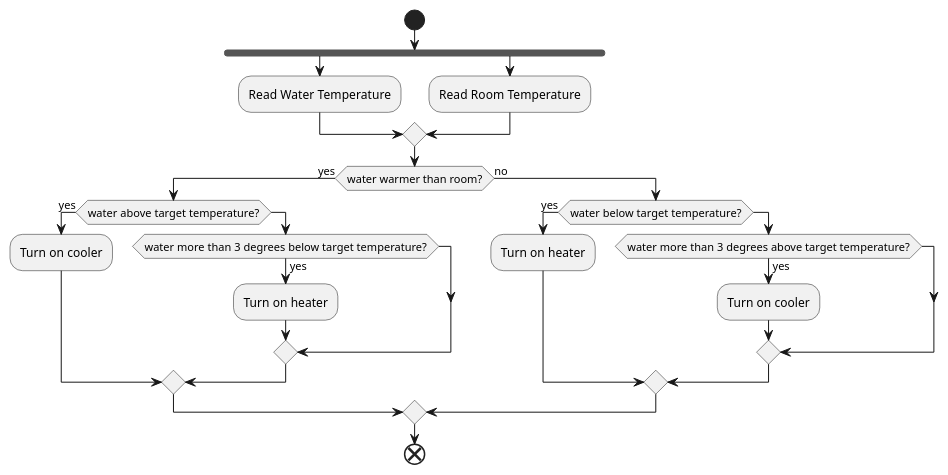
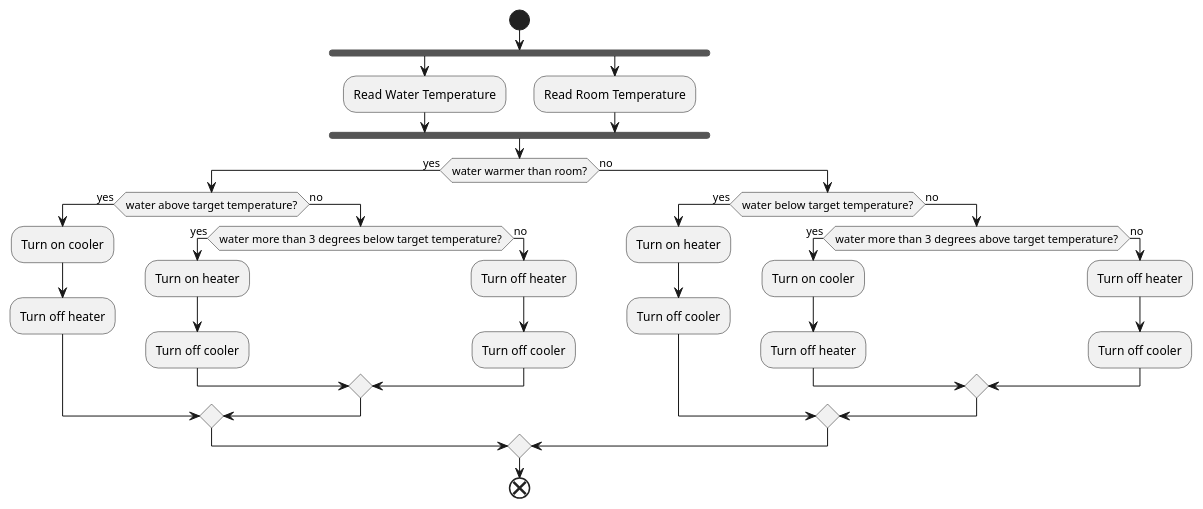
Before and after one commit to Vvamp/ATP2324: the second of 3 diagrams in Testplan/Appendices/activitydiagram.puml, drawn with PlantUML. The commit also changed other lines of this file and 2 other files, not shown here.

Commit message:
update diagrams and text

```diff
--- a/Testplan/Appendices/activitydiagram.puml
+++ b/Testplan/Appendices/activitydiagram.puml
@@ -13,41 +10,38 @@
 @startuml ActivityDiagramTemp
 start
 
 fork 
     :Read Water Temperature;
 fork again 
     :Read Room Temperature;
-end merge 
+end fork 
 
 if (water warmer than room?) is (yes) then 
    if (water above target temperature?) is (yes) then 
         :Turn on cooler;
-    else 
+        :Turn off heater;
+    else (no)
         if (water more than 3 degrees below target temperature?) is (yes) then 
             :Turn on heater;
+            :Turn off cooler;
+        else (no)
+            :Turn off heater;
+            :Turn off cooler;
         endif
    endif
 else (no)
     if (water below target temperature?) is (yes) then 
         :Turn on heater;
-    else 
+        :Turn off cooler;
+    else (no)
         if (water more than 3 degrees above target temperature?) is (yes) then 
             :Turn on cooler;
+            :Turn off heater;
+        else (no)
+            :Turn off heater;
+            :Turn off cooler;
         endif
    endif
 endif
-' Temp -> check 
-' (parallel) Read Water Temperature
-' (parallel) Read Room Temperature
-' (close parallel)
-' if water temperature > room temperature
-'' if water temperature > target temperature: cooler 
-'' if water temprature < target temperature: heater!
-' if water temperature < room temperature
-'' if water temperature > target temperature: cooler!
-'' if water temperature < target temperature: heater
-
-' when a !: definitely turn on
-' when no !: only turn on when outside the +3 or -3 celsius range(be settable) 
 end
-@enduml 
+@enduml
```
